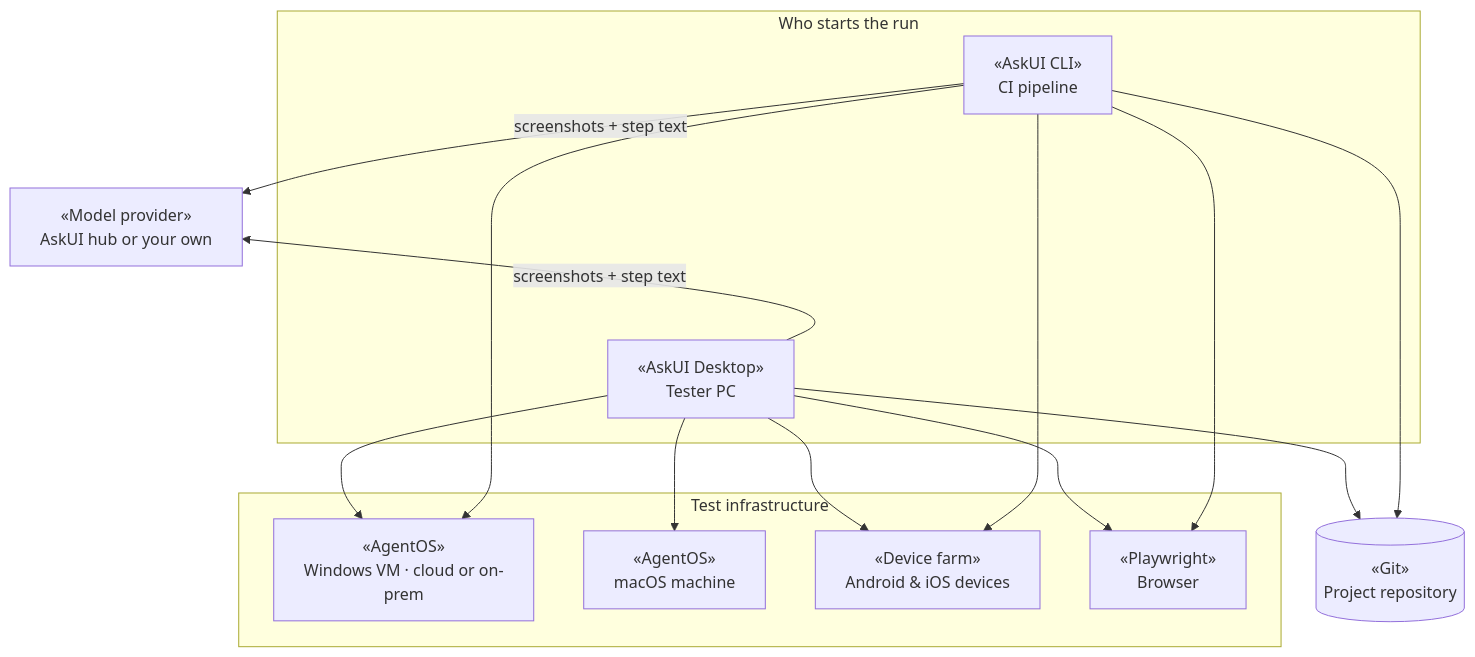
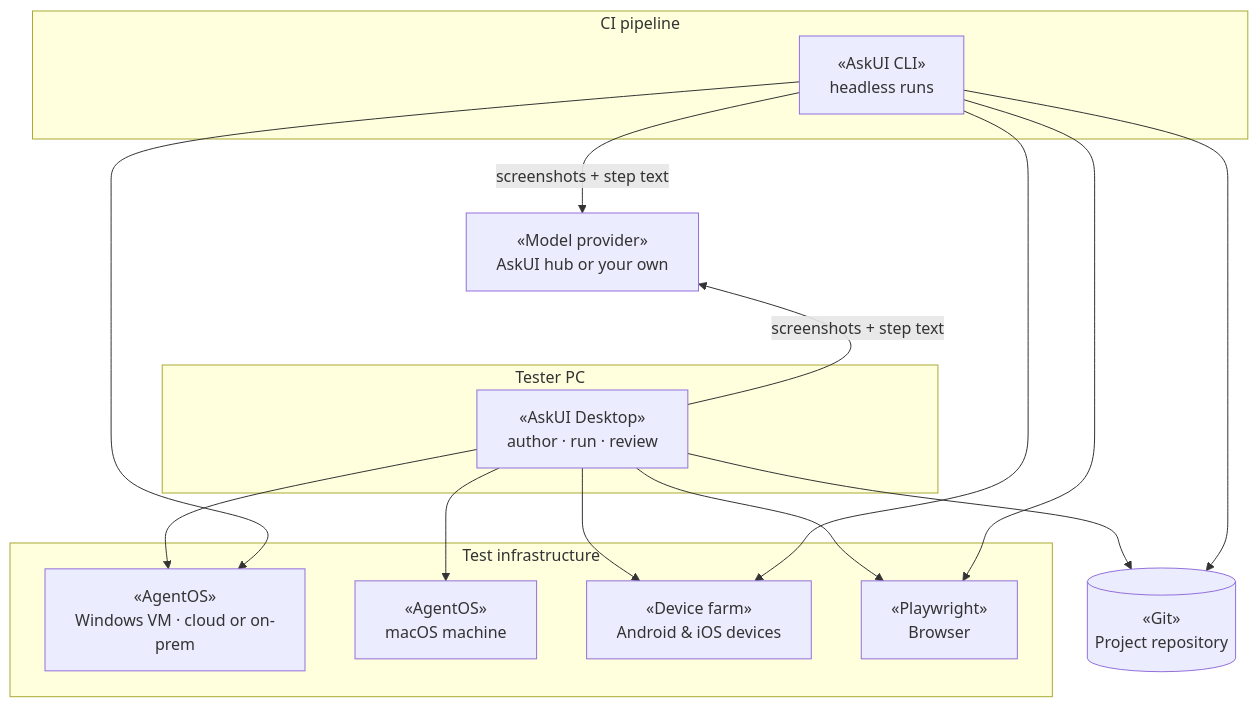
One commit to askui/docs-rewrite changed the second of 2 diagrams in content/docs/concepts/enterprise-fit.mdx. Above: the diagram before and after it, drawn with Mermaid.

Commit message:
docs(enterprise-fit): Tester PC as its own container, declared first
Splits 'Who starts the run' into 'Tester PC' and 'CI pipeline' so the
tester's container is the leftmost in its rank, under the model provider.

````diff
--- a/content/docs/concepts/enterprise-fit.mdx
+++ b/content/docs/concepts/enterprise-fit.mdx
@@ -42,27 +42,29 @@
 ```mermaid
 flowchart TB
   M["«Model provider»<br/>AskUI hub or your own"]
-  subgraph starts["Who starts the run"]
-    D["«AskUI Desktop»<br/>Tester PC"]
-    C["«AskUI CLI»<br/>CI pipeline"]
+  subgraph pc["Tester PC"]
+    D["«AskUI Desktop»<br/>author · run · review"]
+  end
+  subgraph ci["CI pipeline"]
+    C["«AskUI CLI»<br/>headless runs"]
   end
   R[("«Git»<br/>Project repository")]
   subgraph infra["Test infrastructure"]
     V["«AgentOS»<br/>Windows VM · cloud or on-prem"]
     MC["«AgentOS»<br/>macOS machine"]
     FARM["«Device farm»<br/>Android &amp; iOS devices"]
     BR["«Playwright»<br/>Browser"]
   end
-  M ~~~ starts
+  M ~~~ pc
   D -->|"screenshots + step text"| M
   C -->|"screenshots + step text"| M
   D --> R
   C --> R
   D --> V
   D --> MC
   D --> FARM
   D --> BR
   C --> V
   C --> FARM
   C --> BR
 ```
````
